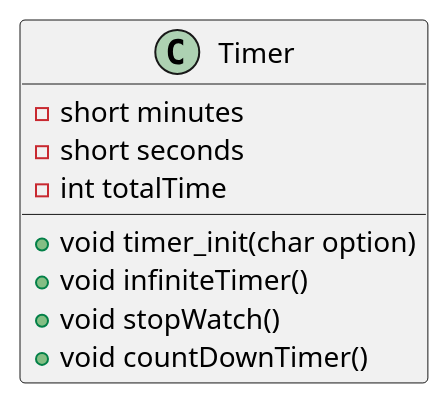
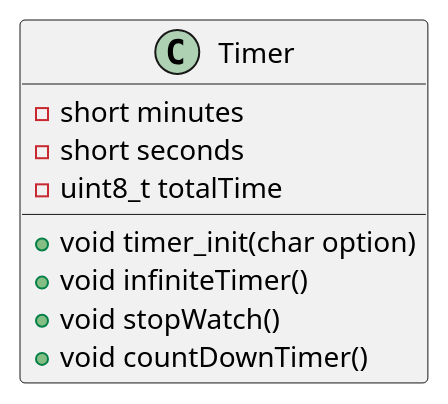
Before and after one commit to Robin005cr/Calendar-and-Clock: the diagram in Calendar_Clock/docs/UML/timer.puml, drawn with PlantUML. The commit also changed 53 other files, not shown here.

```diff
--- a/Calendar_Clock/docs/UML/timer.puml
+++ b/Calendar_Clock/docs/UML/timer.puml
@@ -1,14 +1,14 @@
 @startuml
 class Timer
 {
 
     - short minutes
     - short seconds
-    - int totalTime
+    - uint8_t totalTime
 
     + void timer_init(char option)
     + void infiniteTimer()
     + void stopWatch()
     + void countDownTimer()
 }
 @enduml
```
